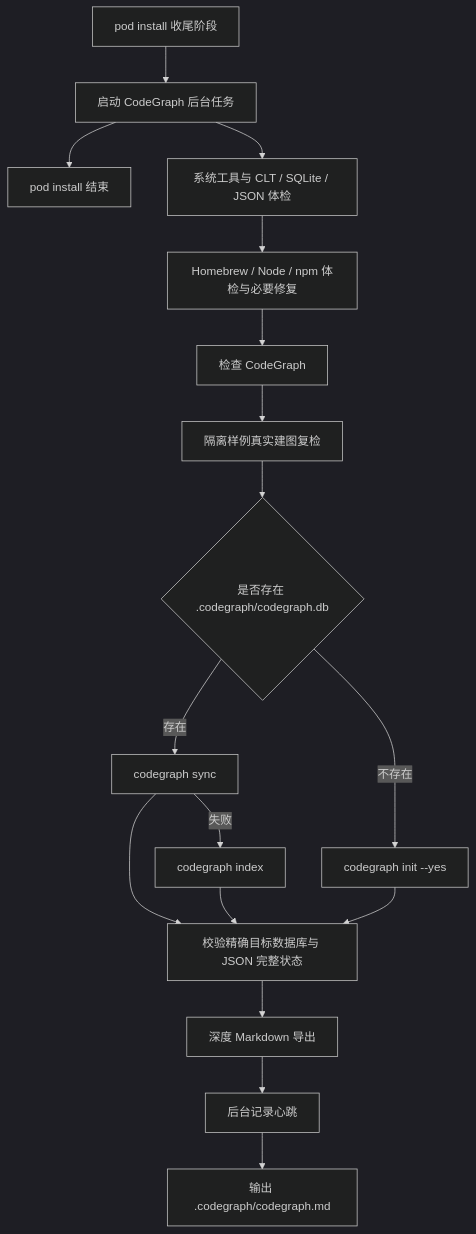
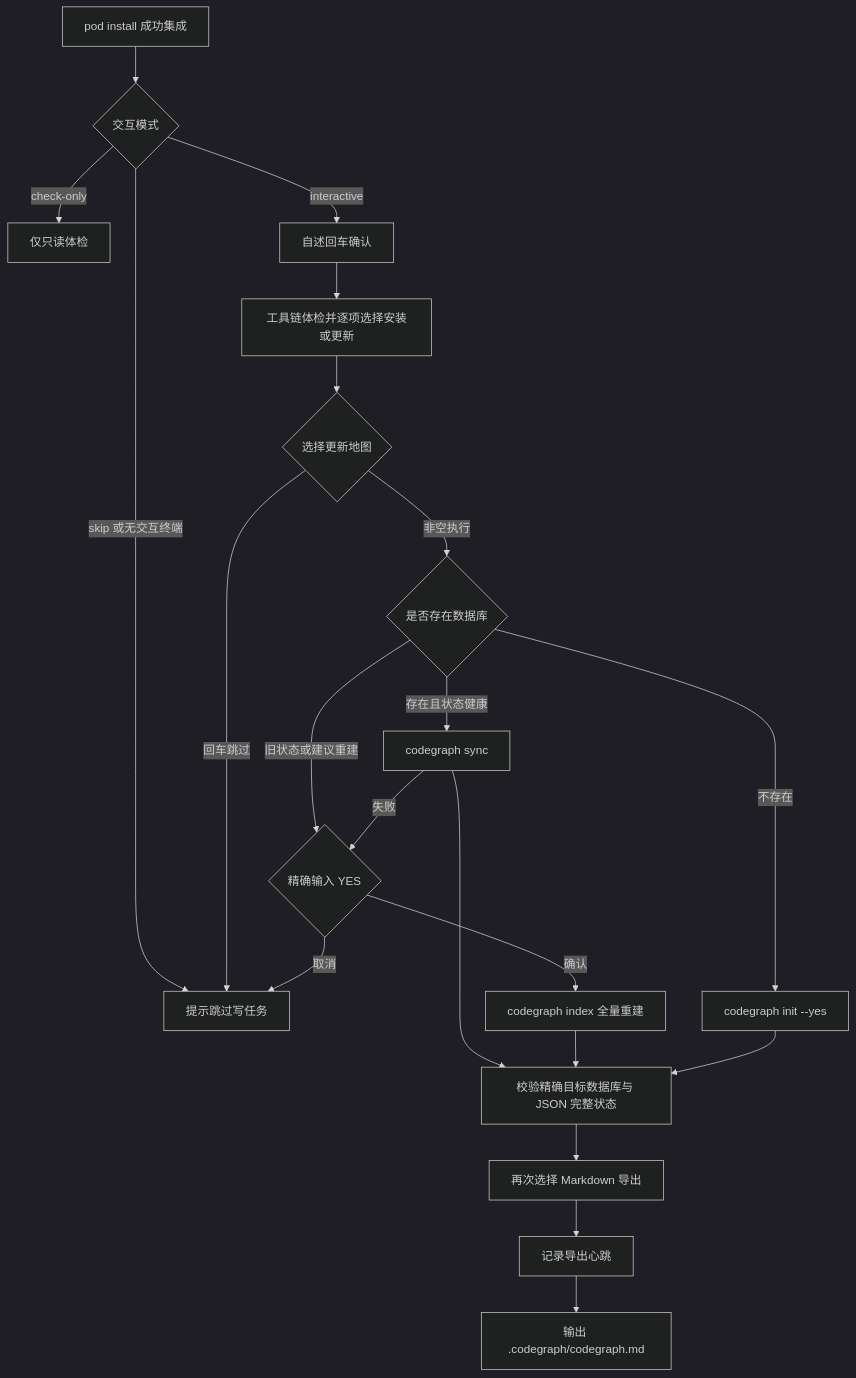
One commit to JobsKits/JobsSwiftBaseConfigDemo changed the diagram in ScriptsByPods/codegraph_init.command/README.md. Above: the diagram before and after it, drawn with Mermaid (dark theme). The commit also changed other lines of this file and 33 other files, not shown here.

````diff
--- a/ScriptsByPods/codegraph_init.command/README.md
+++ b/ScriptsByPods/codegraph_init.command/README.md
@@ -50,19 +50,23 @@
 ```mermaid
 flowchart TD
-  A[pod install 收尾阶段] --> B[启动 CodeGraph 后台任务]
-  B --> C[pod install 结束]
-  B --> D[系统工具与 CLT / SQLite / JSON 体检]
-  D --> E[Homebrew / Node / npm 体检与必要修复]
-  E --> F[检查 CodeGraph]
-  F --> S[隔离样例真实建图复检]
-  S --> G{是否存在 .codegraph/codegraph.db}
-  G -->|存在| H[codegraph sync]
-  H -->|失败| I[codegraph index]
+  A[pod install 成功集成] --> B{交互模式}
+  B -->|skip 或无交互终端| C[提示跳过写任务]
+  B -->|check-only| R[仅只读体检]
+  B -->|interactive| D[自述回车确认]
+  D --> E[工具链体检并逐项选择安装或更新]
+  E --> F{选择更新地图}
+  F -->|回车跳过| C
+  F -->|非空执行| G{是否存在数据库}
+  G -->|存在且状态健康| H[codegraph sync]
+  G -->|旧状态或建议重建| Y{精确输入 YES}
+  H -->|失败| Y
+  Y -->|确认| I[codegraph index 全量重建]
+  Y -->|取消| C
   G -->|不存在| J[codegraph init --yes]
   H --> V[校验精确目标数据库与 JSON 完整状态]
   I --> V
   J --> V
-  V --> K[深度 Markdown 导出]
-  K --> L[后台记录心跳]
+  V --> K[再次选择 Markdown 导出]
+  K --> L[记录导出心跳]
   L --> M[输出 .codegraph/codegraph.md]
 ```
````
